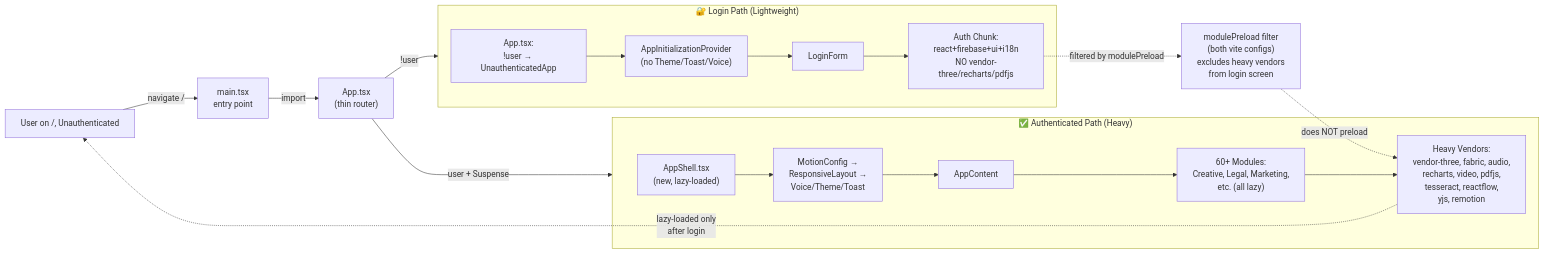
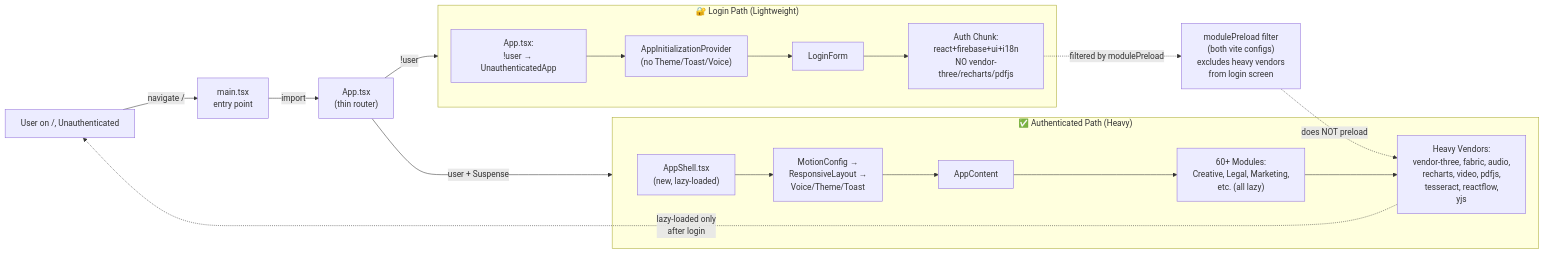
The diagram in docs/flowcharts/issue-549-564-auth-split.md (indii-music-founder/indii-music-founder), drawn with Mermaid before and after one commit. The commit also changed other lines of this file and 1047 other files, not shown here.

````diff
--- a/docs/flowcharts/issue-549-564-auth-split.md
+++ b/docs/flowcharts/issue-549-564-auth-split.md
@@ -5,34 +5,34 @@
 ```mermaid
 flowchart LR
     User["User on /, Unauthenticated"]
     Main["main.tsx<br/>entry point"]
     App["App.tsx<br/>(thin router)"]
     
     subgraph AuthPath["🔐 Login Path (Lightweight)"]
         AuthApp["App.tsx:<br/>!user → UnauthenticatedApp"]
         LoginForm["LoginForm"]
         Providers1["AppInitializationProvider<br/>(no Theme/Toast/Voice)"]
         AuthChunk["Auth Chunk:<br/>react+firebase+ui+i18n<br/>NO vendor-three/recharts/pdfjs"]
     end
     
     subgraph AuthedPath["✅ Authenticated Path (Heavy)"]
         AppShell["AppShell.tsx<br/>(new, lazy-loaded)"]
         Providers2["MotionConfig →<br/>ResponsiveLayout →<br/>Voice/Theme/Toast"]
         AppContent["AppContent"]
         Modules["60+ Modules:<br/>Creative, Legal, Marketing,<br/>etc. (all lazy)"]
-        HeavyVendors["Heavy Vendors:<br/>vendor-three, fabric, audio,<br/>recharts, video, pdfjs,<br/>tesseract, reactflow,<br/>yjs, remotion"]
+        HeavyVendors["Heavy Vendors:<br/>vendor-three, fabric, audio,<br/>recharts, video, pdfjs,<br/>tesseract, reactflow,<br/>yjs"]
     end
     
     User -->|navigate /| Main
     Main -->|import| App
     App -->|!user| AuthPath
     App -->|user + Suspense| AuthedPath
     AuthApp --> Providers1 --> LoginForm --> AuthChunk
     AppShell --> Providers2 --> AppContent --> Modules --> HeavyVendors
     
     ModulePreload["modulePreload filter<br/>(both vite configs)<br/>excludes heavy vendors<br/>from login screen"]
     
     AuthChunk -.->|filtered by modulePreload| ModulePreload
     ModulePreload -.->|does NOT preload| HeavyVendors
     HeavyVendors -.->|lazy-loaded only<br/>after login| User
 ```
````
